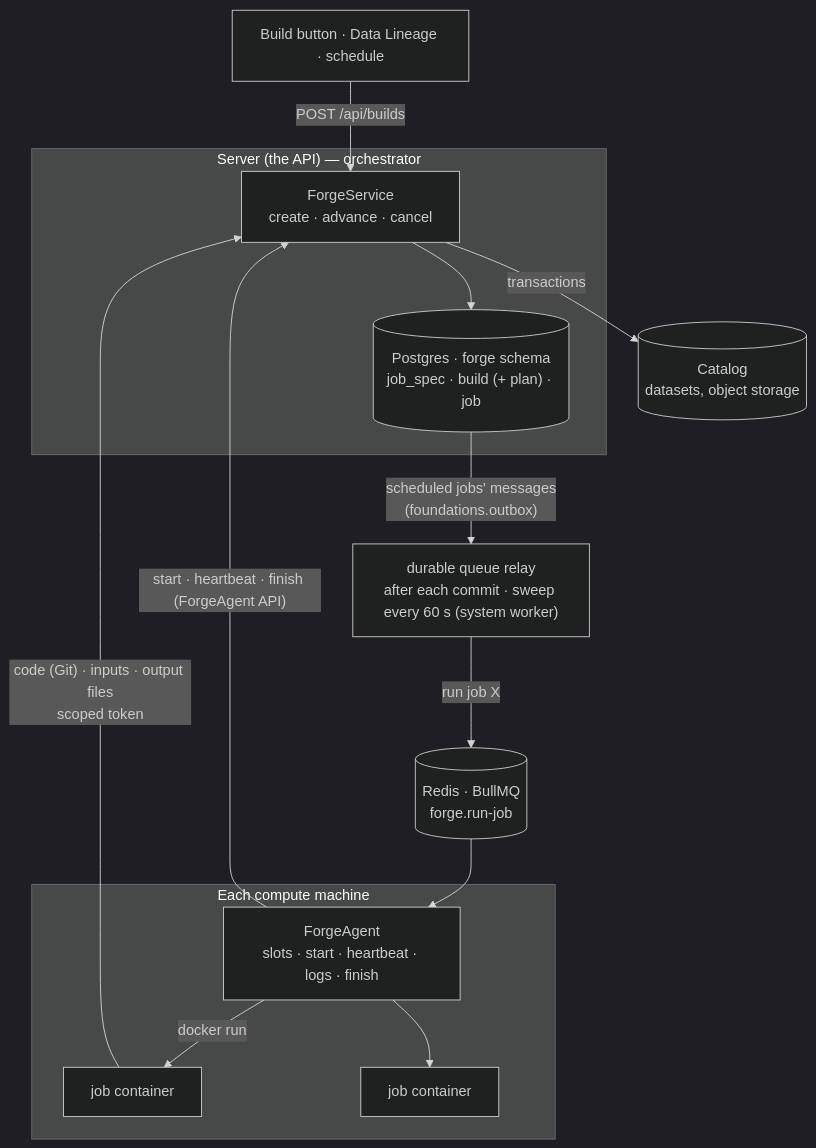
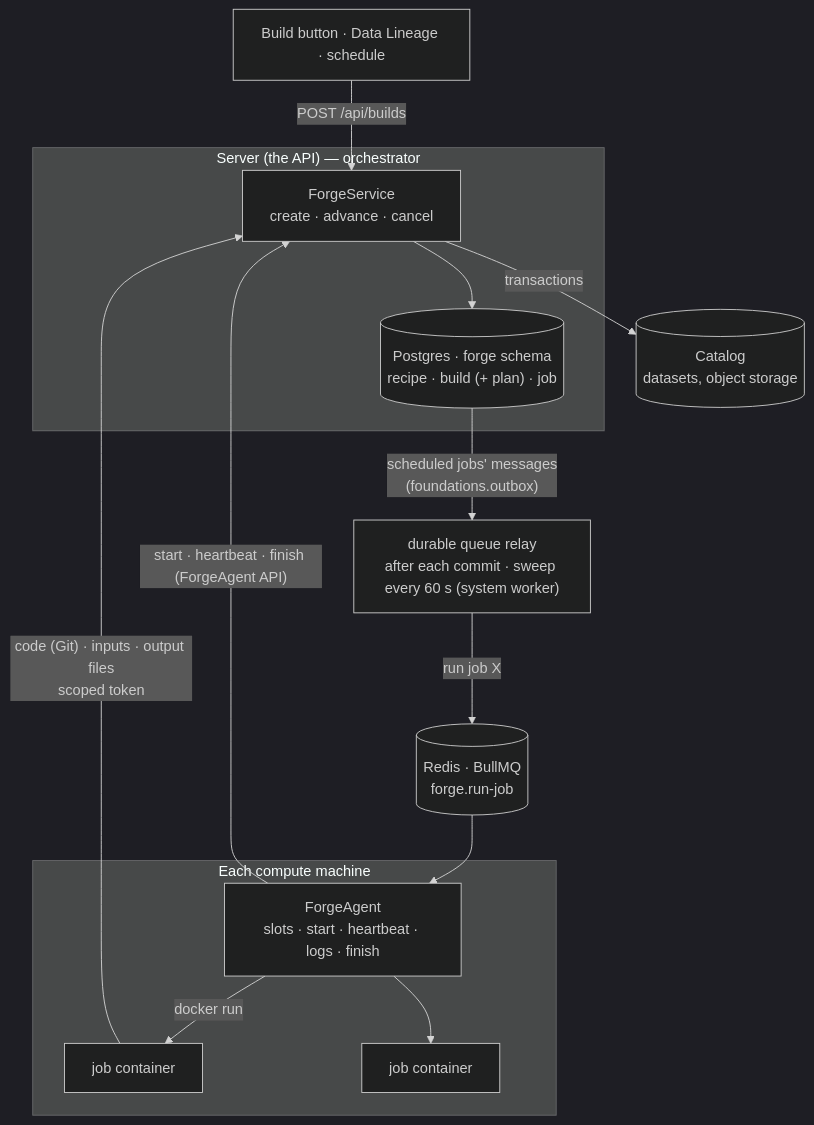
Before and after one commit to RolandTeslaru/Quarry: the first of 3 diagrams in docs/design/forge.md, drawn with Mermaid (dark theme). The commit also changed other lines of this file and 44 other files, not shown here.

Commit message:
renamed Job spec to Recipe

````diff
--- a/docs/design/forge.md
+++ b/docs/design/forge.md
@@ -47,24 +47,24 @@
 ```mermaid
 flowchart TB
     trigger["Build button · Data Lineage · schedule"] -- "POST /api/builds" --> api
 
     subgraph server["Server (the API) — orchestrator"]
         api["ForgeService<br/>create · advance · cancel"]
-        pg[("Postgres · forge schema<br/>job_spec · build (+ plan) · job")]
+        pg[("Postgres · forge schema<br/>recipe · build (+ plan) · job")]
         api --> pg
     end
 
     pg -- "scheduled jobs' messages<br/>(foundations.outbox)" --> relay["durable queue relay<br/>after each commit · sweep every 60 s (system worker)"]
     relay -- "run job X" --> redis[("Redis · BullMQ<br/>forge.run-job")]
     redis --> agent
 
     subgraph machine["Each compute machine"]
         agent["ForgeAgent<br/>slots · start · heartbeat · logs · finish"]
         agent -- "docker run" --> c1["job container"]
         agent --> c2["job container"]
     end
 
     agent -- "start · heartbeat · finish (ForgeAgent API)" --> api
     c1 -- "code (Git) · inputs · output files<br/>scoped token" --> api
     api -- "transactions" --> catalog[("Catalog<br/>datasets, object storage")]
 ```
````
